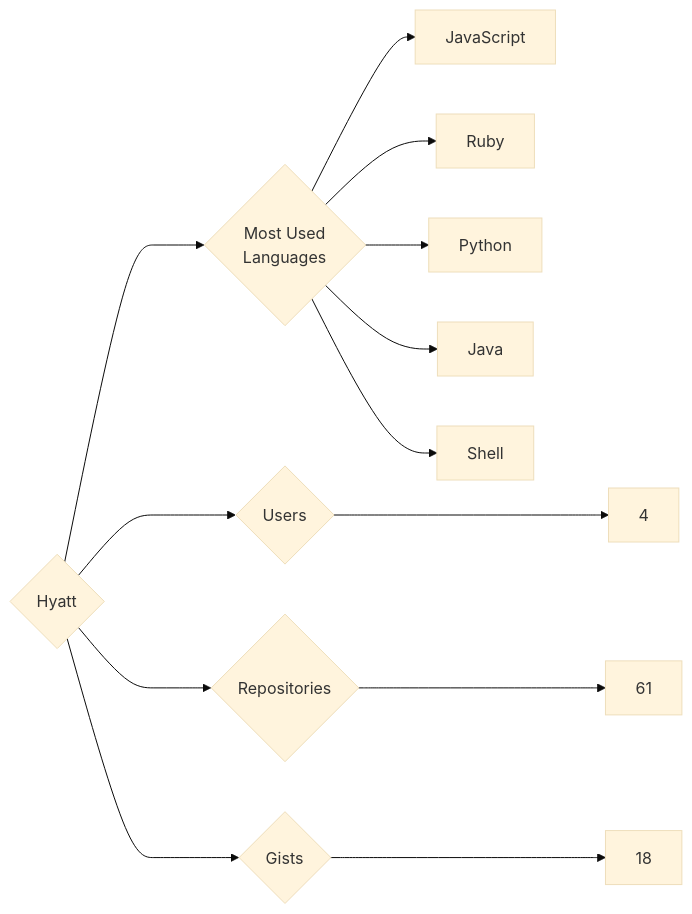
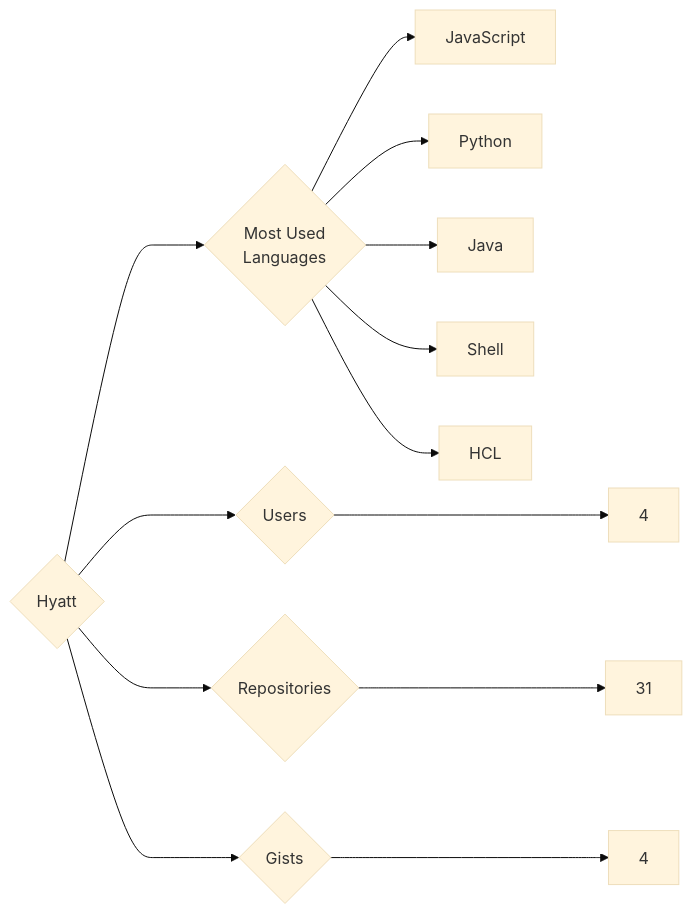
One commit to trickest/insiders changed the diagram in targets/Hyatt/README.md. Above: the diagram before and after it, drawn with Mermaid (base theme). The commit also changed 1055 other files, not shown here.

````diff
--- a/targets/Hyatt/README.md
+++ b/targets/Hyatt/README.md
@@ -3,13 +3,13 @@
 ```mermaid
 graph LR
 COMPANY_NAME{Hyatt}
 COMPANY_NAME ---> U{Users} ---> UN[4]
-COMPANY_NAME ---> R{Repositories} ---> RN[61]
-COMPANY_NAME ---> G{Gists} ---> GN[18]
+COMPANY_NAME ---> R{Repositories} ---> RN[31]
+COMPANY_NAME ---> G{Gists} ---> GN[4]
 COMPANY_NAME ---> ML{Most Used<br>Languages}
 ML --> JavaScript[JavaScript]
-ML --> Ruby[Ruby]
 ML --> Python[Python]
 ML --> Java[Java]
 ML --> Shell[Shell]
+ML --> HCL[HCL]
 ```
````
